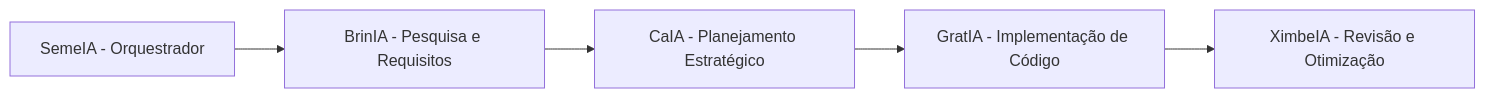
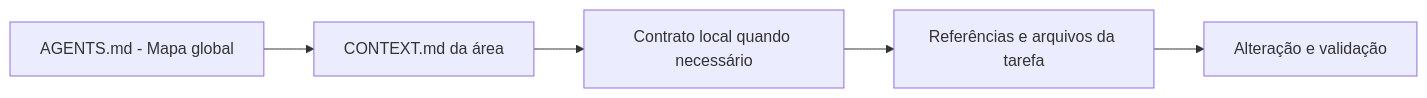
Before and after one commit to PHenrique07/Sementis-IFSP-Pirituba: the diagram in docs/wiki/06-guia-de-contribuicao.md, drawn with Mermaid. The commit also changed other lines of this file and 309 other files, not shown here.

````diff
--- a/docs/wiki/06-guia-de-contribuicao.md
+++ b/docs/wiki/06-guia-de-contribuicao.md
@@ -87,7 +87,7 @@
 ```mermaid
 graph LR
-    S[SemeIA - Orquestrador] --> B[BrinIA - Pesquisa e Requisitos]
-    B --> C[CaIA - Planejamento Estratégico]
-    C --> G[GratIA - Implementação de Código]
-    G --> X[XimbeIA - Revisão e Otimização]
+    A[AGENTS.md - Mapa global] --> B[CONTEXT.md da área]
+    B --> C[Contrato local quando necessário]
+    C --> D[Referências e arquivos da tarefa]
+    D --> E[Alteração e validação]
 ```
````
